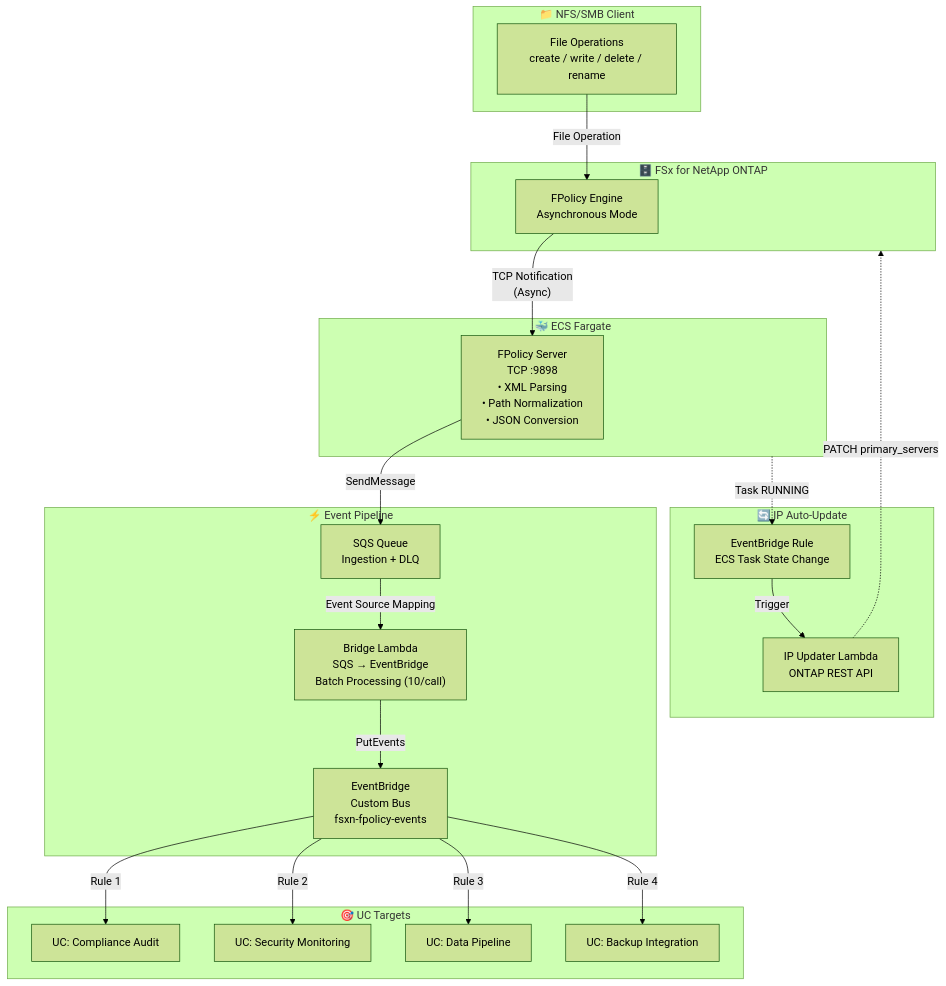
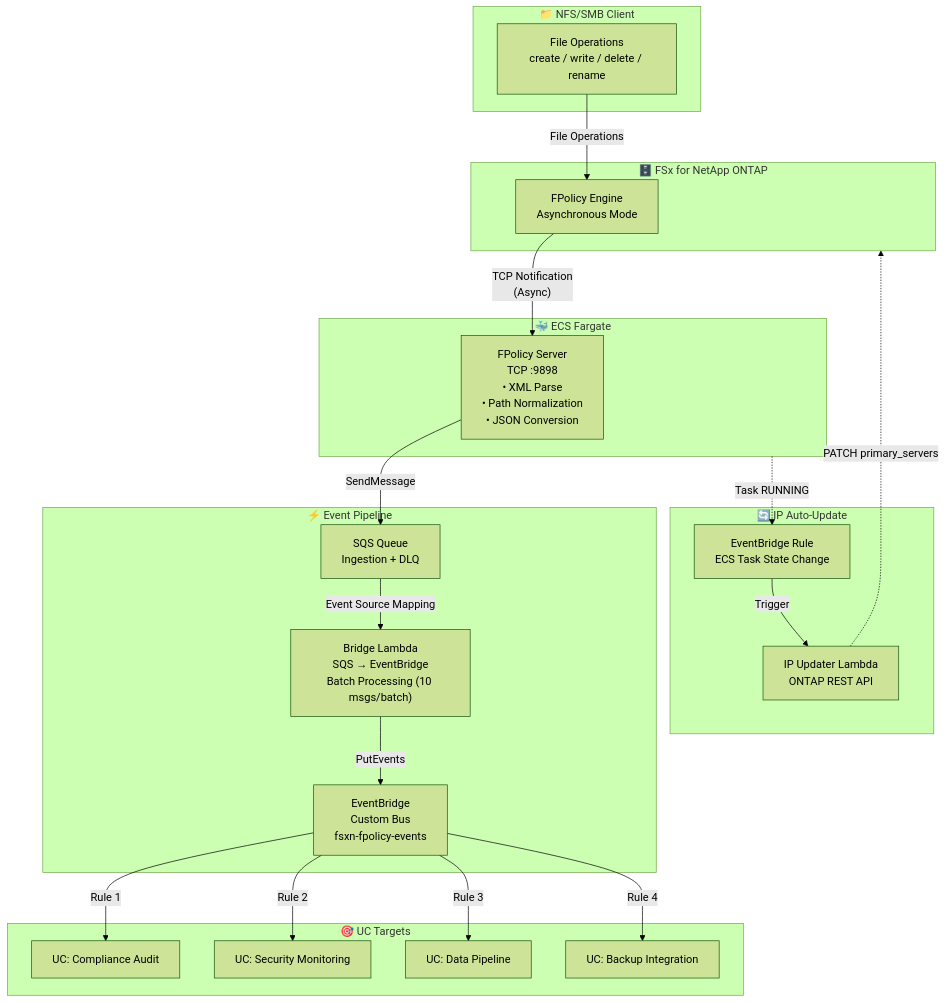
The diagram in event-driven-fpolicy/docs/architecture.en.md (Yoshiki0705/FSx-for-ONTAP-S3AccessPoints-Serverless-Patterns), drawn with Mermaid (forest theme) before and after one commit. The commit also changed other lines of this file and 13 other files, not shown here.

First line of the commit message:
fix: docs/architecture + demo-guide 全8言語を同一内容に統一

````diff
--- a/event-driven-fpolicy/docs/architecture.en.md
+++ b/event-driven-fpolicy/docs/architecture.en.md
@@ -7,46 +7,46 @@
 ```mermaid
 flowchart TB
     subgraph CLIENT["📁 NFS/SMB Client"]
         NFS["File Operations<br/>create / write / delete / rename"]
     end
 
     subgraph ONTAP["🗄️ FSx for NetApp ONTAP"]
         FPOLICY["FPolicy Engine<br/>Asynchronous Mode"]
     end
 
     subgraph FARGATE["🐳 ECS Fargate"]
-        SERVER["FPolicy Server<br/>TCP :9898<br/>• XML Parsing<br/>• Path Normalization<br/>• JSON Conversion"]
+        SERVER["FPolicy Server<br/>TCP :9898<br/>• XML Parse<br/>• Path Normalization<br/>• JSON Conversion"]
     end
 
     subgraph PIPELINE["⚡ Event Pipeline"]
         SQS["SQS Queue<br/>Ingestion + DLQ"]
-        BRIDGE["Bridge Lambda<br/>SQS → EventBridge<br/>Batch Processing (10/call)"]
+        BRIDGE["Bridge Lambda<br/>SQS → EventBridge<br/>Batch Processing (10 msgs/batch)"]
         EB["EventBridge<br/>Custom Bus<br/>fsxn-fpolicy-events"]
     end
 
     subgraph TARGETS["🎯 UC Targets"]
         UC1["UC: Compliance Audit"]
         UC2["UC: Security Monitoring"]
         UC3["UC: Data Pipeline"]
         UC4["UC: Backup Integration"]
     end
 
     subgraph UPDATER["🔄 IP Auto-Update"]
         RULE["EventBridge Rule<br/>ECS Task State Change"]
         LAMBDA["IP Updater Lambda<br/>ONTAP REST API"]
     end
 
-    NFS -->|"File Operation"| FPOLICY
+    NFS -->|"File Operations"| FPOLICY
     FPOLICY -->|"TCP Notification<br/>(Async)"| SERVER
     SERVER -->|"SendMessage"| SQS
     SQS -->|"Event Source Mapping"| BRIDGE
     BRIDGE -->|"PutEvents"| EB
     EB -->|"Rule 1"| UC1
     EB -->|"Rule 2"| UC2
     EB -->|"Rule 3"| UC3
     EB -->|"Rule 4"| UC4
 
     FARGATE -.->|"Task RUNNING"| RULE
     RULE -->|"Trigger"| LAMBDA
     LAMBDA -.->|"PATCH primary_servers"| ONTAP
 ```
````
